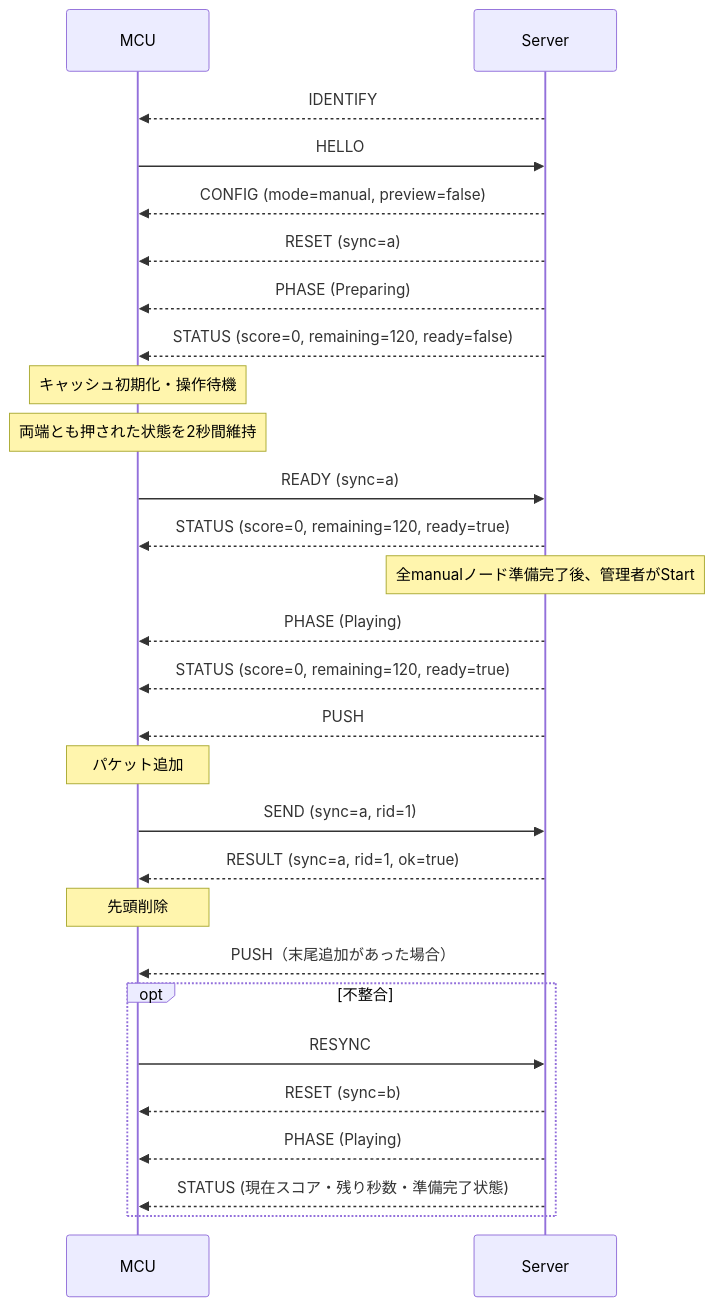
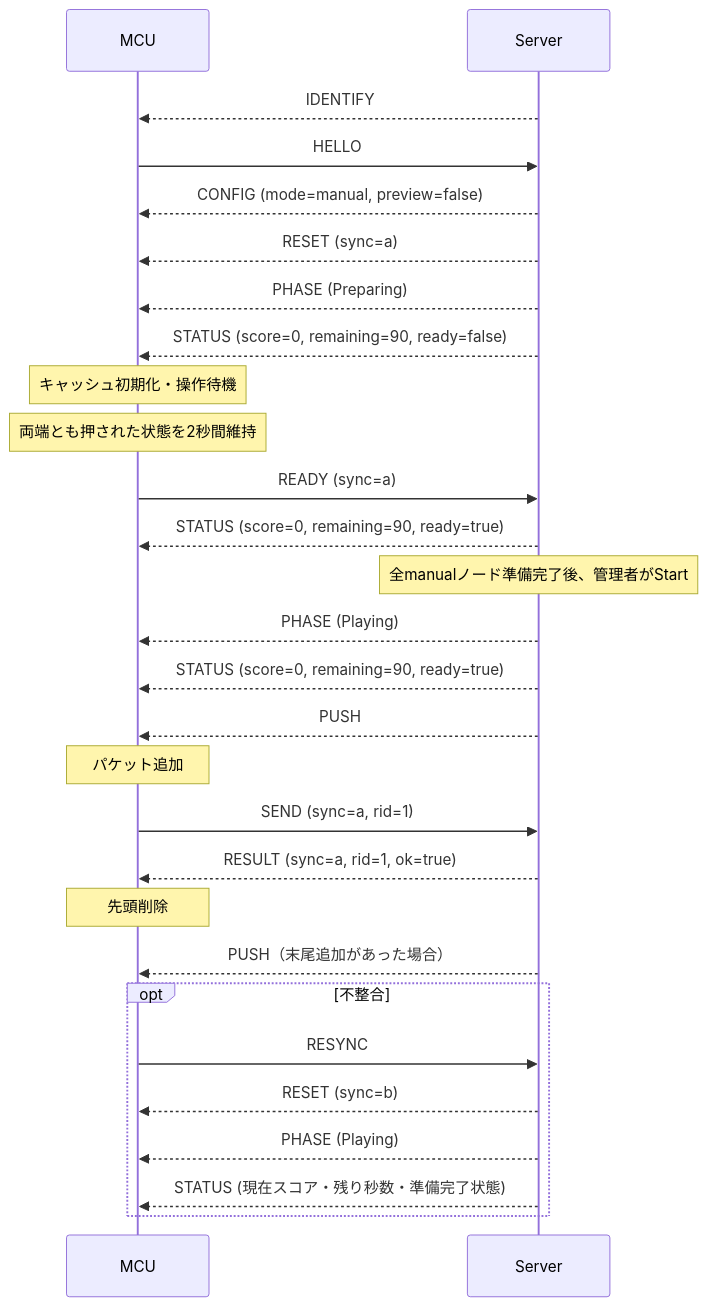
The diagram in docs/spec/player.md (canta-9142/D4_Exhi), drawn with Mermaid before and after one commit. The commit also changed other lines of this file and 3 other files, not shown here.

````diff
--- a/docs/spec/player.md
+++ b/docs/spec/player.md
@@ -360,30 +360,30 @@
 ```mermaid
 sequenceDiagram
     participant M as MCU
     participant S as Server
     S-->>M: IDENTIFY
     M->>S: HELLO
     S-->>M: CONFIG (mode=manual, preview=false)
     S-->>M: RESET (sync=a)
     S-->>M: PHASE (Preparing)
-    S-->>M: STATUS (score=0, remaining=120, ready=false)
+    S-->>M: STATUS (score=0, remaining=90, ready=false)
     Note over M: キャッシュ初期化・操作待機
     Note over M: 両端とも押された状態を2秒間維持
     M->>S: READY (sync=a)
-    S-->>M: STATUS (score=0, remaining=120, ready=true)
+    S-->>M: STATUS (score=0, remaining=90, ready=true)
     Note over S: 全manualノード準備完了後、管理者がStart
     S-->>M: PHASE (Playing)
-    S-->>M: STATUS (score=0, remaining=120, ready=true)
+    S-->>M: STATUS (score=0, remaining=90, ready=true)
     S-->>M: PUSH
     Note over M: パケット追加
     M->>S: SEND (sync=a, rid=1)
     S-->>M: RESULT (sync=a, rid=1, ok=true)
     Note over M: 先頭削除
     S-->>M: PUSH（末尾追加があった場合）
     opt 不整合
         M->>S: RESYNC
         S-->>M: RESET (sync=b)
         S-->>M: PHASE (Playing)
         S-->>M: STATUS (現在スコア・残り秒数・準備完了状態)
     end
 ```
````
